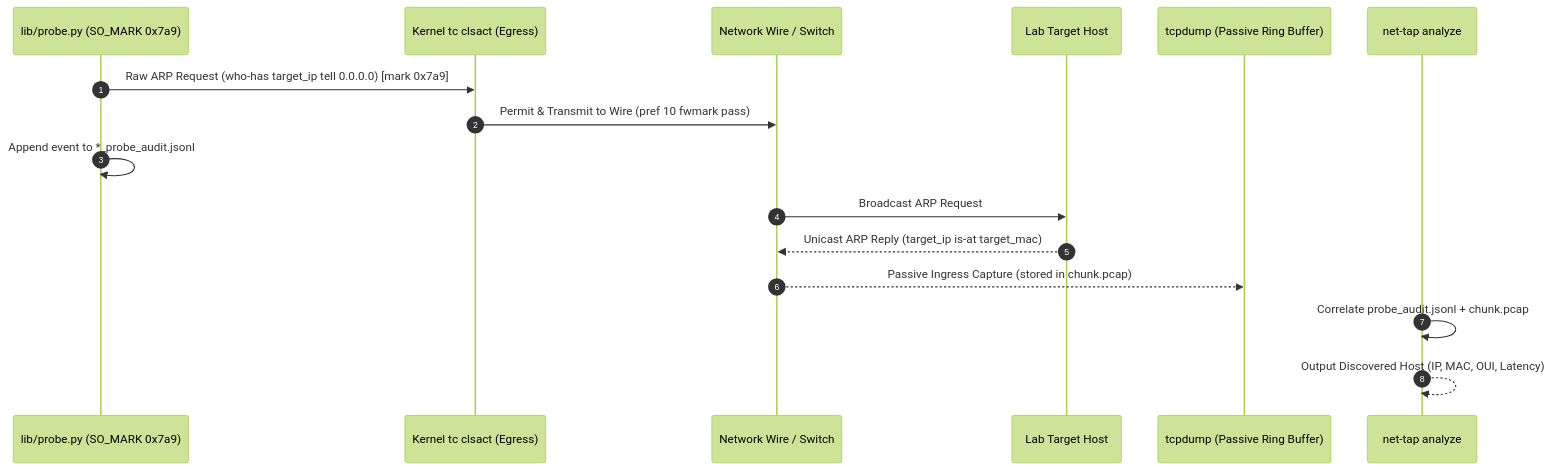
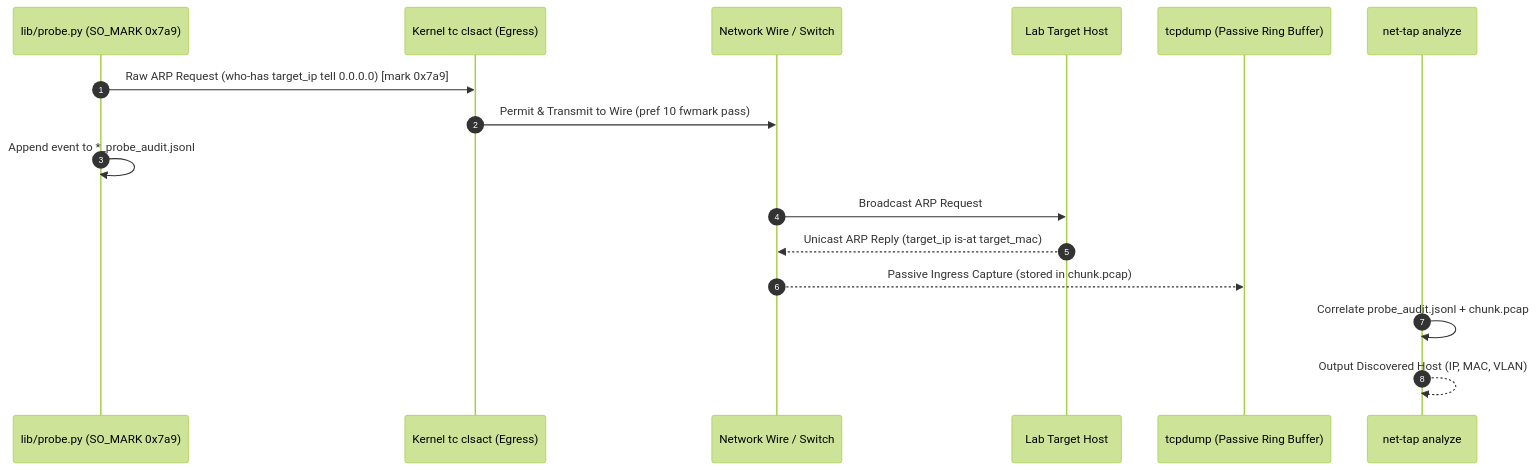
One commit to Nementon/net-tap changed the fourth of 9 diagrams in README.md. Above: the diagram before and after it, drawn with Mermaid (forest theme). The commit also changed other lines of this file and 9 other files, not shown here.

````diff
--- a/README.md
+++ b/README.md
@@ -558,19 +560,19 @@
 ```mermaid
 sequenceDiagram
     autonumber
     participant Probe as lib/probe.py (SO_MARK 0x7a9)
     participant TC as Kernel tc clsact (Egress)
     participant Wire as Network Wire / Switch
     participant Target as Lab Target Host
     participant PCAP as tcpdump (Passive Ring Buffer)
     participant Analyzer as net-tap analyze
 
     Probe->>TC: Raw ARP Request (who-has target_ip tell 0.0.0.0) [mark 0x7a9]
     TC->>Wire: Permit & Transmit to Wire (pref 10 fwmark pass)
     Probe->>Probe: Append event to *_probe_audit.jsonl
     Wire->>Target: Broadcast ARP Request
     Target-->>Wire: Unicast ARP Reply (target_ip is-at target_mac)
     Wire-->>PCAP: Passive Ingress Capture (stored in chunk.pcap)
     Analyzer->>Analyzer: Correlate probe_audit.jsonl + chunk.pcap
-    Analyzer-->>Analyzer: Output Discovered Host (IP, MAC, OUI, Latency)
+    Analyzer-->>Analyzer: Output Discovered Host (IP, MAC, VLAN)
 ```
````
